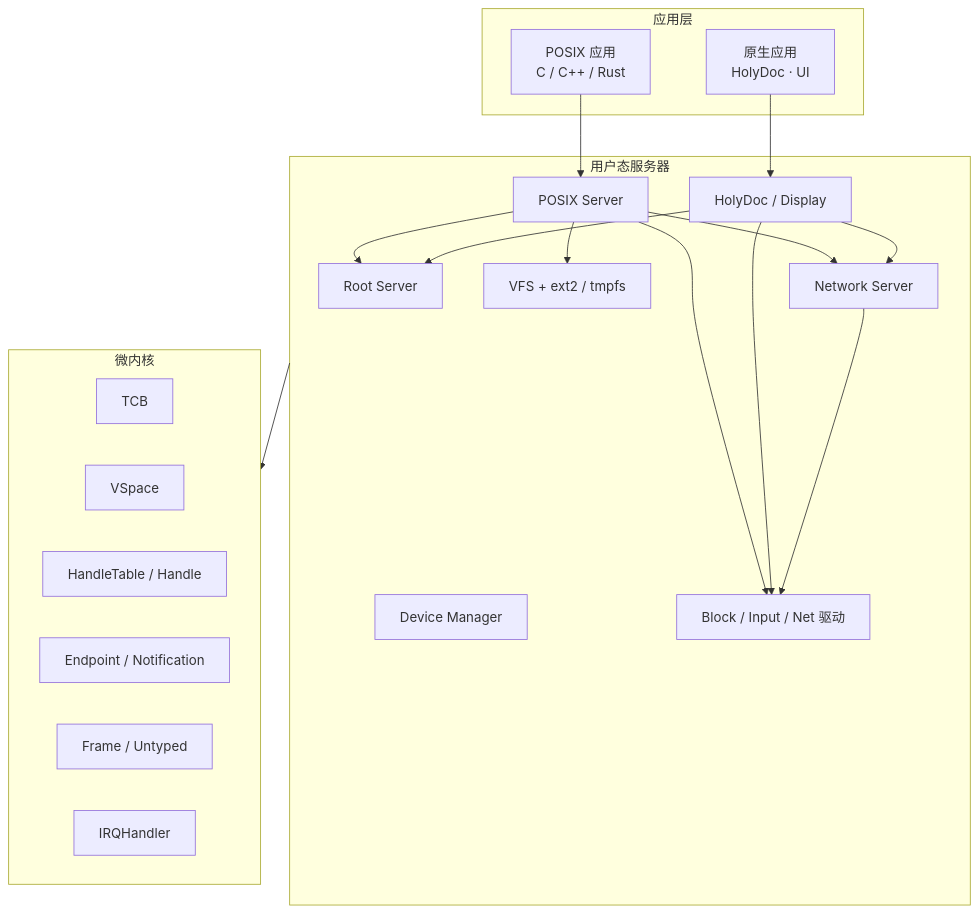
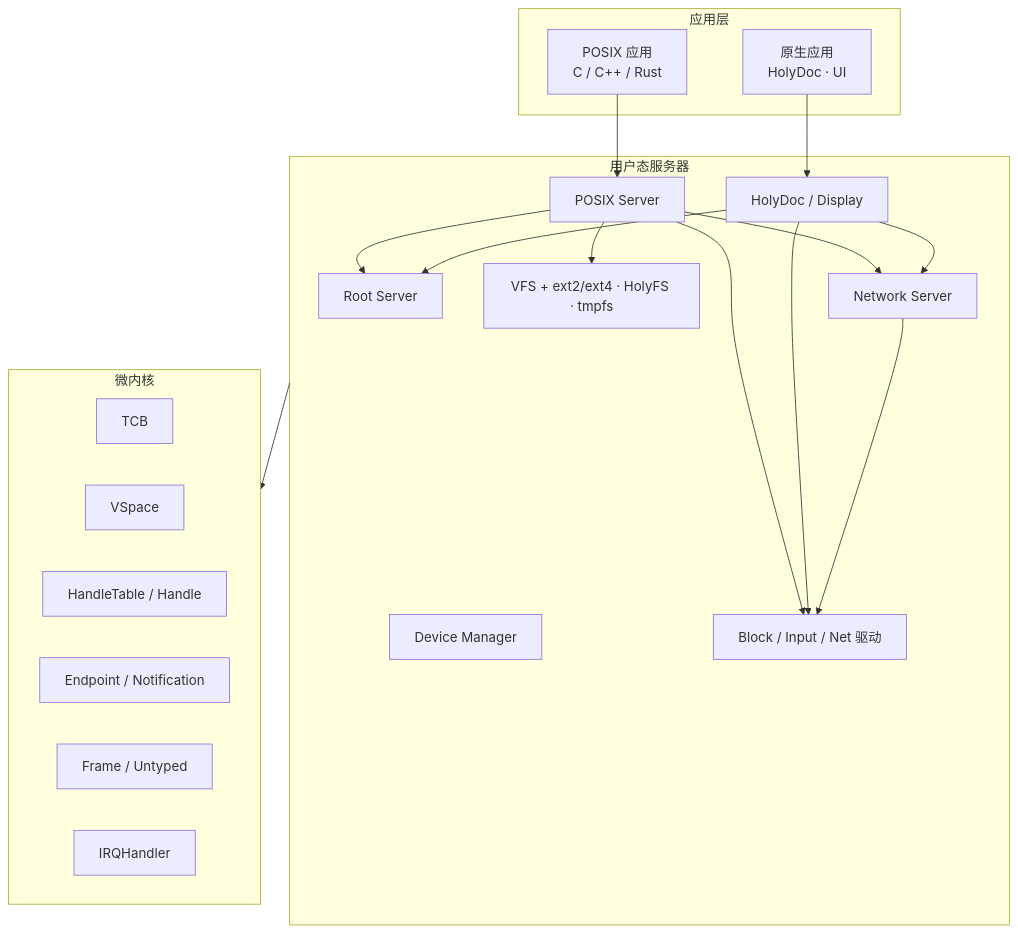
One commit to hongweifei/HolyKernel changed the first of 5 diagrams in docs/architecture.md. Above: the diagram before and after it, drawn with Mermaid. The commit also changed other lines of this file and 10 other files, not shown here.

First line of the commit message:
docs: integrate HolyFS across VFS, POSIX and boot

````diff
--- a/docs/architecture.md
+++ b/docs/architecture.md
@@ -13,35 +13,35 @@
 ```mermaid
 flowchart TB
     subgraph Apps["应用层"]
         PosixApps["POSIX 应用<br/>C / C++ / Rust"]
         NativeApps["原生应用<br/>HolyDoc · UI"]
     end
     subgraph Servers["用户态服务器"]
         Root["Root Server"]
         Device["Device Manager"]
         Drivers["Block / Input / Net 驱动"]
-        FS["VFS + ext2 / tmpfs"]
+        FS["VFS + ext2/ext4 · HolyFS · tmpfs"]
         POSIX["POSIX Server"]
         Net["Network Server"]
         Native["HolyDoc / Display"]
     end
     subgraph Kernel["微内核"]
         TCB["TCB"]
         VSpace["VSpace"]
         HandleTable["HandleTable / Handle"]
         IPC["Endpoint / Notification"]
         Frame["Frame / Untyped"]
         IRQ["IRQHandler"]
     end
     PosixApps --> POSIX
     NativeApps --> Native
     POSIX --> FS
     POSIX --> Net
     POSIX --> Drivers
     POSIX --> Root
     Native --> Net
     Native --> Drivers
     Native --> Root
     Net --> Drivers
     Servers --> Kernel
 ```
````
